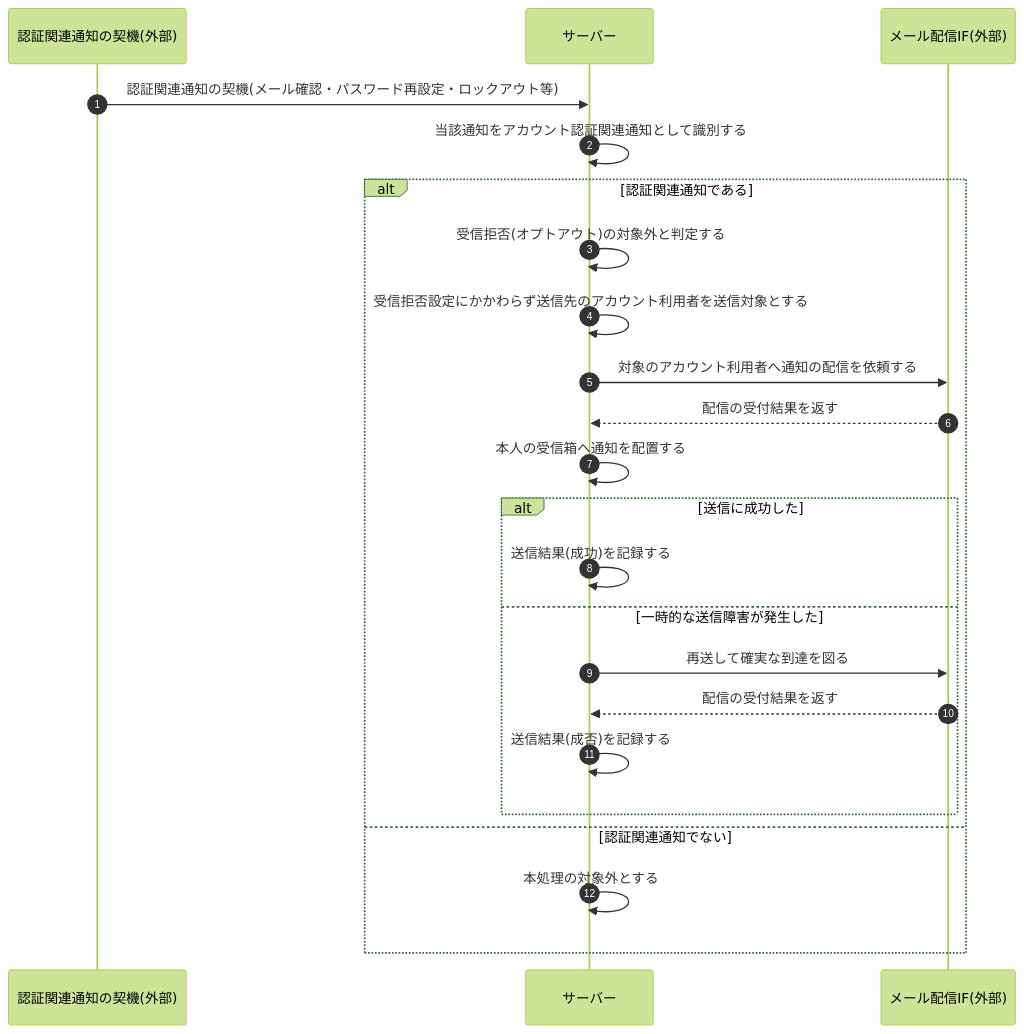
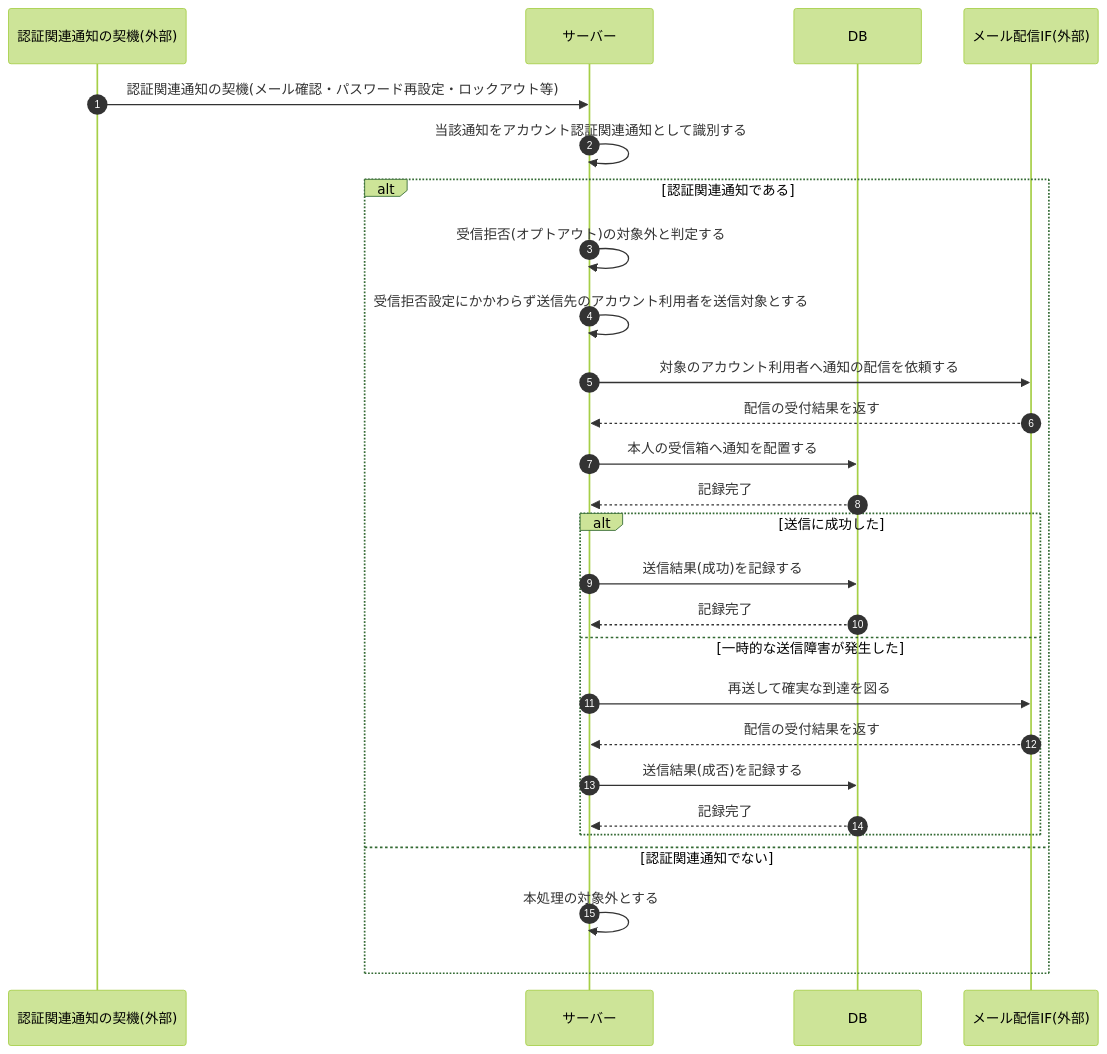
The diagram in 02_basic_design/03_sequences/SEQ-115.md (sikakou54/open-faq), drawn with Mermaid (forest theme) before and after one commit. The commit also changed other lines of this file and 122 other files, not shown here.

First line of the commit message:
シーケンス図に DB アクターを追加(DB 操作をサーバー自己メッセージから分離)

````diff
--- a/02_basic_design/03_sequences/SEQ-115.md
+++ b/02_basic_design/03_sequences/SEQ-115.md
@@ -26,25 +26,29 @@
 ```mermaid
 sequenceDiagram
   autonumber
   participant TRG as 認証関連通知の契機(外部)
   participant Server as サーバー
+  participant DB as DB
   participant Email as メール配信IF(外部)
   TRG->>Server: 認証関連通知の契機(メール確認・パスワード再設定・ロックアウト等)
   Server->>Server: 当該通知をアカウント認証関連通知として識別する
   alt 認証関連通知である
     Server->>Server: 受信拒否(オプトアウト)の対象外と判定する
     Server->>Server: 受信拒否設定にかかわらず送信先のアカウント利用者を送信対象とする
     Server->>Email: 対象のアカウント利用者へ通知の配信を依頼する
     Email-->>Server: 配信の受付結果を返す
-    Server->>Server: 本人の受信箱へ通知を配置する
+    Server->>DB: 本人の受信箱へ通知を配置する
+    DB-->>Server: 記録完了
     alt 送信に成功した
-      Server->>Server: 送信結果(成功)を記録する
+      Server->>DB: 送信結果(成功)を記録する
+      DB-->>Server: 記録完了
     else 一時的な送信障害が発生した
       Server->>Email: 再送して確実な到達を図る
       Email-->>Server: 配信の受付結果を返す
-      Server->>Server: 送信結果(成否)を記録する
+      Server->>DB: 送信結果(成否)を記録する
+      DB-->>Server: 記録完了
     end
   else 認証関連通知でない
     Server->>Server: 本処理の対象外とする
   end
 ```
````
